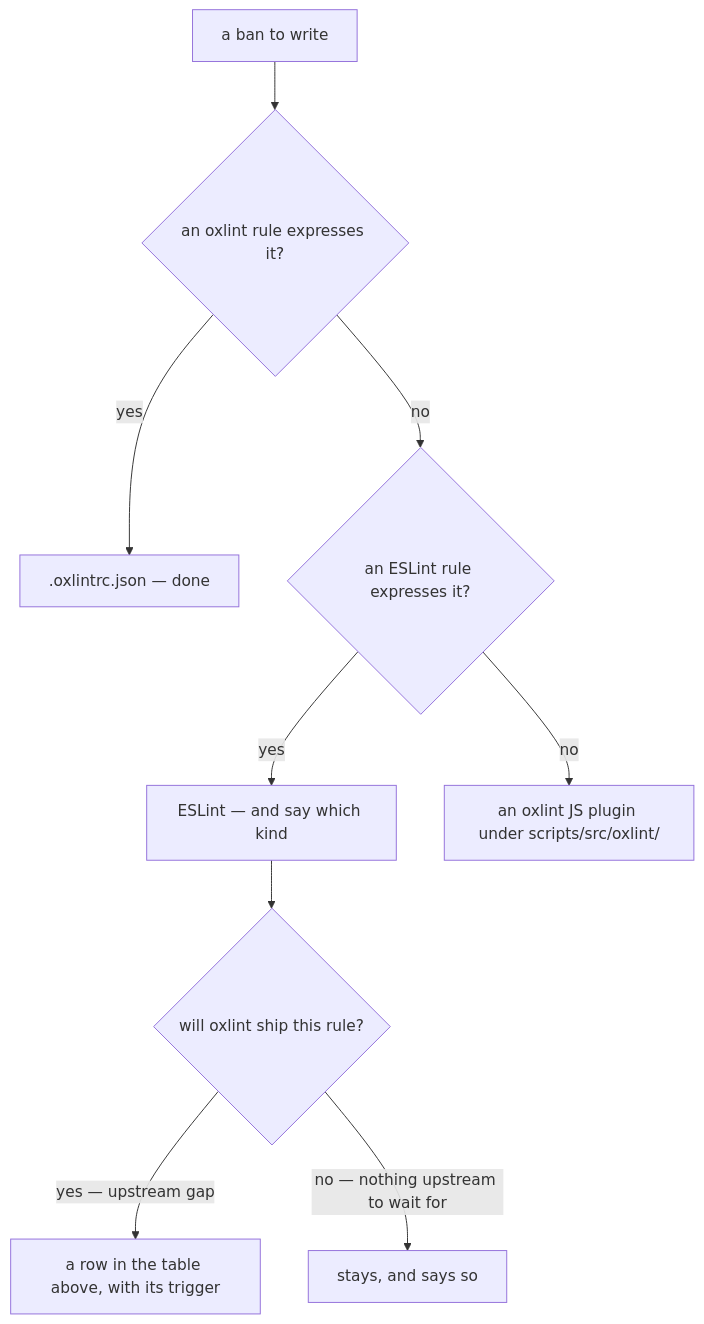
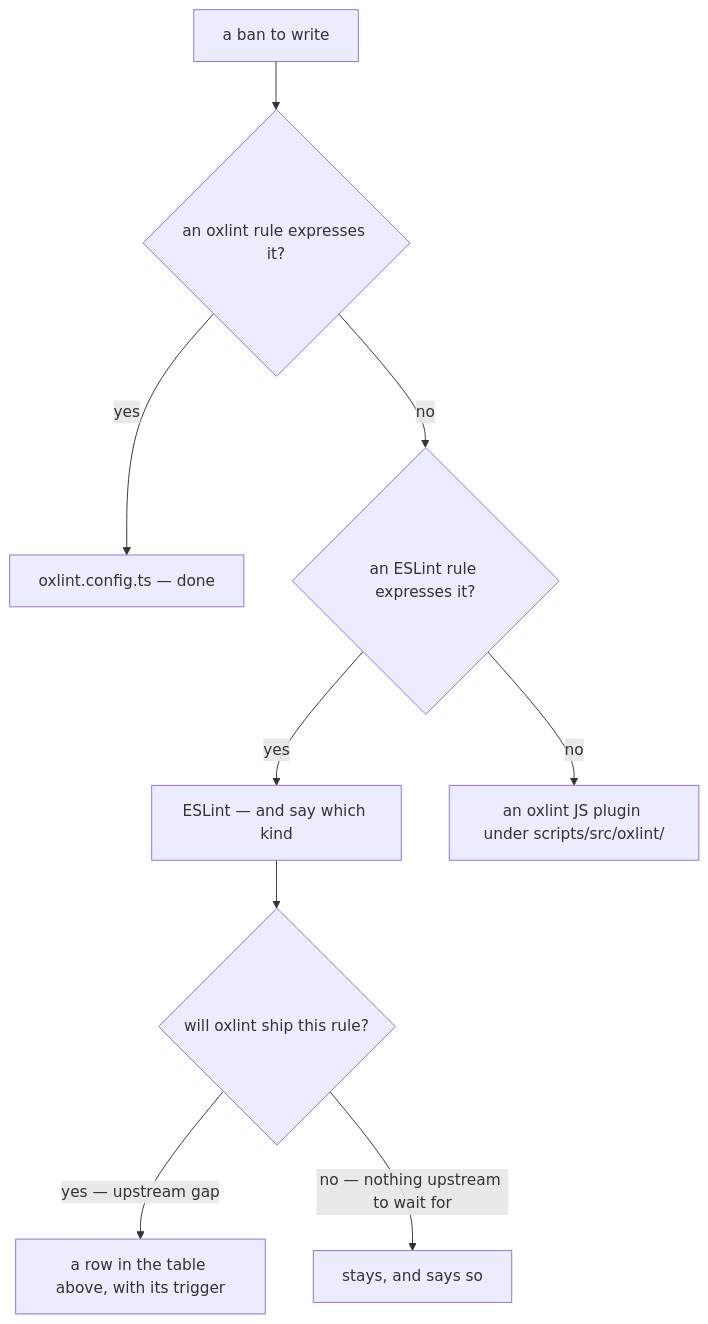
The second of 2 diagrams in apps/web/content/docs/architecture/lint-toolchain.md (Esposter/Esposter), drawn with Mermaid before and after one commit. The commit also changed other lines of this file and 58 other files, not shown here.

````diff
--- a/apps/web/content/docs/architecture/lint-toolchain.md
+++ b/apps/web/content/docs/architecture/lint-toolchain.md
@@ -61,11 +61,11 @@
 ```mermaid
 flowchart TD
   BAN["a ban to write"] --> OX{"an oxlint rule expresses it?"}
-  OX -->|"yes"| OXLINT[".oxlintrc.json — done"]
+  OX -->|"yes"| OXLINT["oxlint.config.ts — done"]
   OX -->|"no"| ES{"an ESLint rule expresses it?"}
   ES -->|"yes"| ESLINT["ESLint — and say which kind"]
   ES -->|"no"| PLUGIN["an oxlint JS plugin under scripts/src/oxlint/"]
   ESLINT --> KIND{"will oxlint ship this rule?"}
   KIND -->|"yes — upstream gap"| TABLE["a row in the table above, with its trigger"]
   KIND -->|"no — nothing upstream to wait for"| PARK["stays, and says so"]
 ```
````
